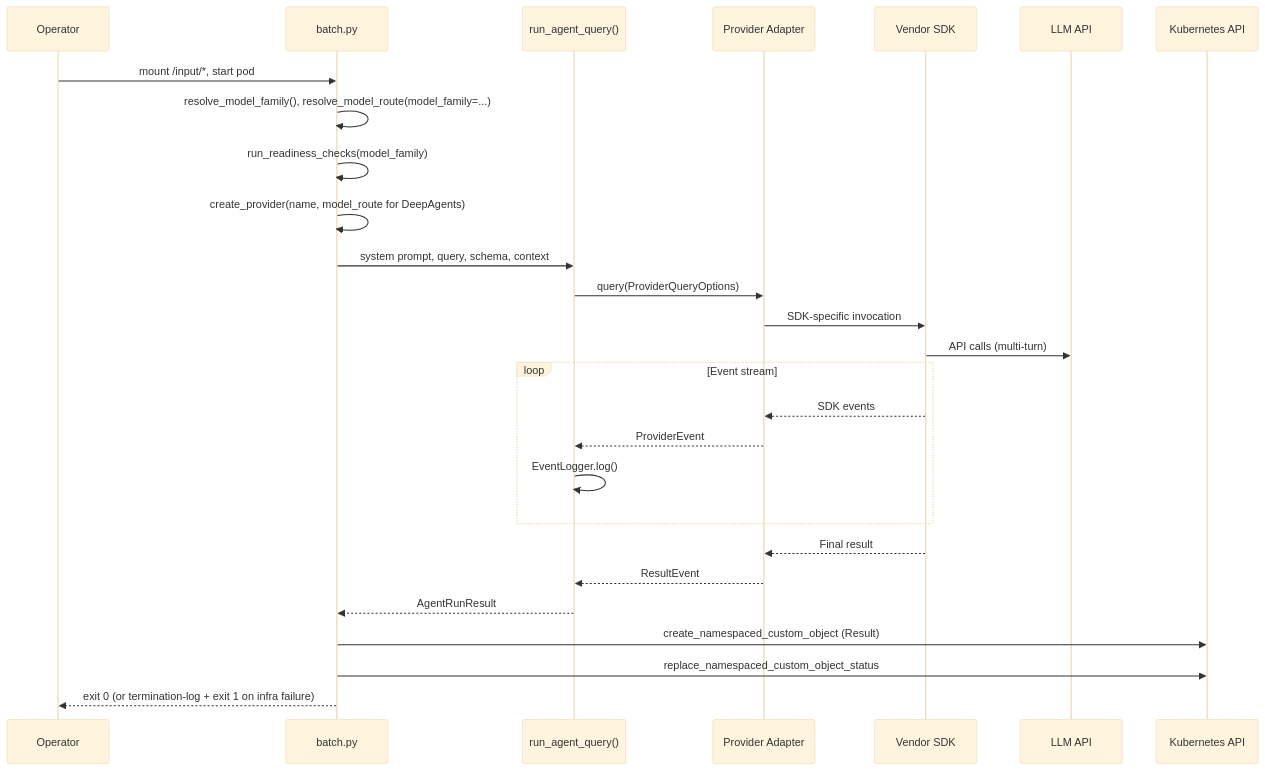
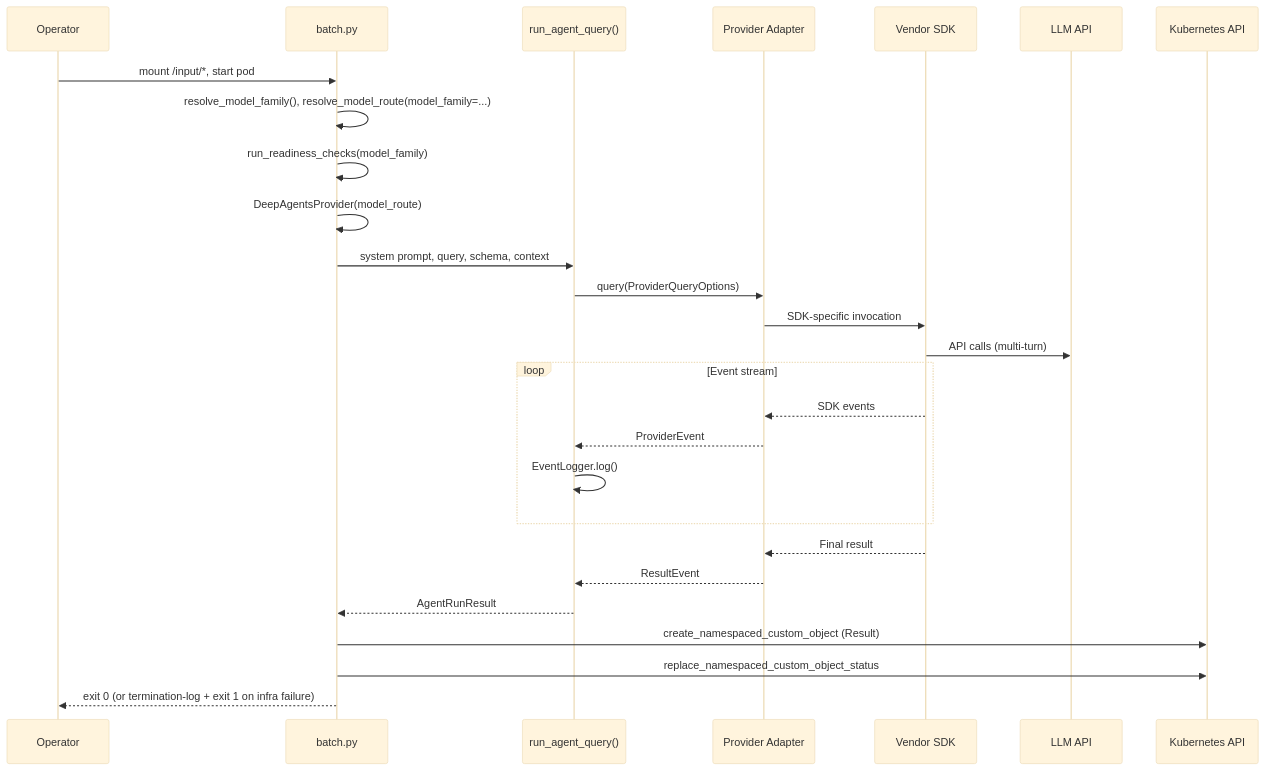
One commit to asamal4/lightspeed-agentic-sandbox changed the third of 4 diagrams in ARCHITECTURE.md. Above: the diagram before and after it, drawn with Mermaid (base theme). The commit also changed other lines of this file and 58 other files, not shown here.

````diff
--- a/ARCHITECTURE.md
+++ b/ARCHITECTURE.md
@@ -94,32 +90,32 @@
 ```mermaid
 sequenceDiagram
     participant Op as Operator
     participant Batch as batch.py
     participant Agent as run_agent_query()
     participant Provider as Provider Adapter
     participant SDK as Vendor SDK
     participant LLM as LLM API
     participant K8s as Kubernetes API
 
     Op->>Batch: mount /input/*, start pod
     Batch->>Batch: resolve_model_family(), resolve_model_route(model_family=...)
     Batch->>Batch: run_readiness_checks(model_family)
-    Batch->>Batch: create_provider(name, model_route for DeepAgents)
+    Batch->>Batch: DeepAgentsProvider(model_route)
     Batch->>Agent: system prompt, query, schema, context
     Agent->>Provider: query(ProviderQueryOptions)
     Provider->>SDK: SDK-specific invocation
     SDK->>LLM: API calls (multi-turn)
 
     loop Event stream
         SDK-->>Provider: SDK events
         Provider-->>Agent: ProviderEvent
         Agent->>Agent: EventLogger.log()
     end
 
     SDK-->>Provider: Final result
     Provider-->>Agent: ResultEvent
     Agent-->>Batch: AgentRunResult
     Batch->>K8s: create_namespaced_custom_object (Result)
     Batch->>K8s: replace_namespaced_custom_object_status
     Batch-->>Op: exit 0 (or termination-log + exit 1 on infra failure)
 ```
````
